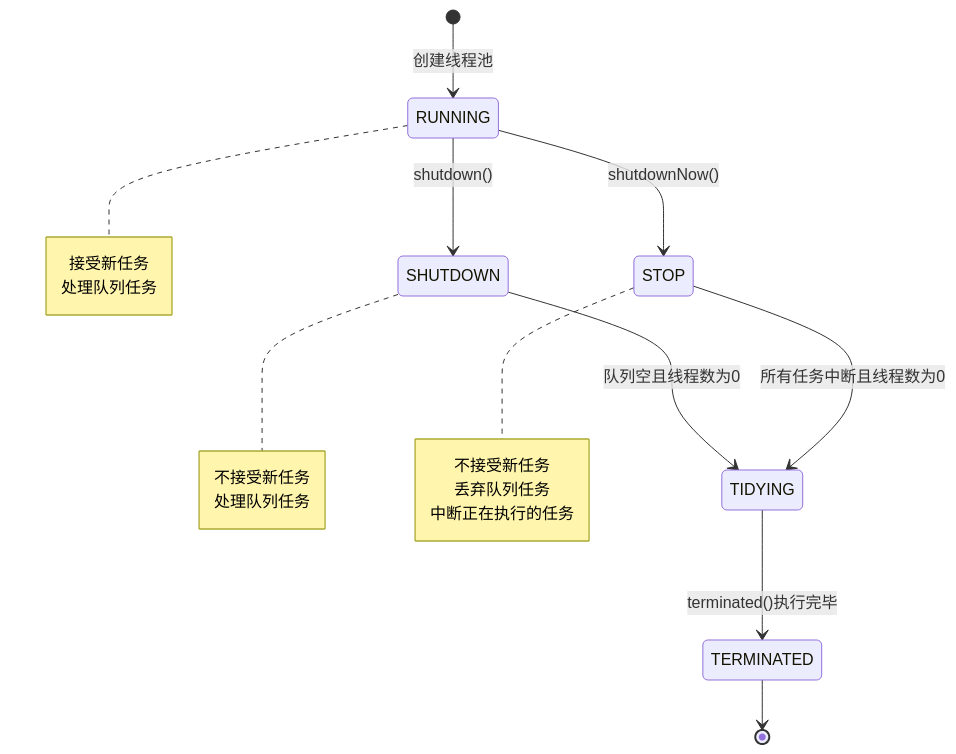
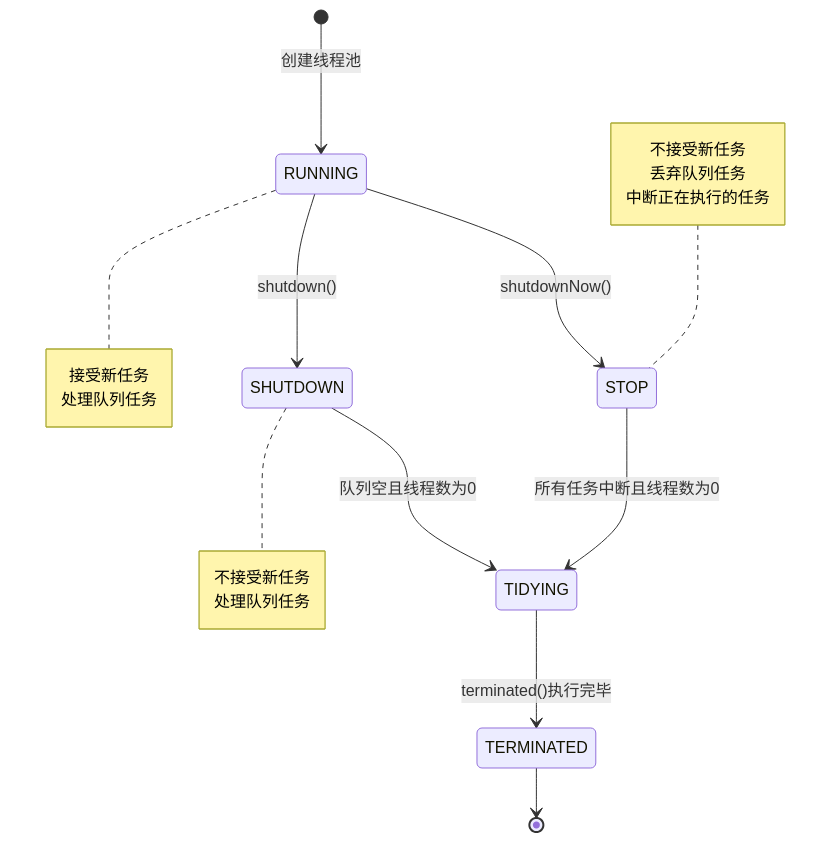
The sixth of 13 diagrams in chapter_01_编程语言/chapter_01_java/线程池.md (newjiang/learninghub), drawn with Mermaid before and after one commit. The commit also changed other lines of this file and 4 other files, not shown here.

````diff
--- a/chapter_01_编程语言/chapter_01_java/线程池.md
+++ b/chapter_01_编程语言/chapter_01_java/线程池.md
@@ -221,29 +221,29 @@
 ```mermaid
 stateDiagram-v2
     [*] --> RUNNING: 创建线程池
     
     RUNNING --> SHUTDOWN: shutdown()
     RUNNING --> STOP: shutdownNow()
     
     SHUTDOWN --> TIDYING: 队列空且线程数为0
     STOP --> TIDYING: 所有任务中断且线程数为0
     
     TIDYING --> TERMINATED: terminated()执行完毕
     TERMINATED --> [*]
     
     note right of RUNNING
         接受新任务
         处理队列任务
     end note
     
     note right of SHUTDOWN
         不接受新任务
         处理队列任务
     end note
     
-    note right of STOP
+    note left of STOP
         不接受新任务
         丢弃队列任务
         中断正在执行的任务
     end note
 ```
````
